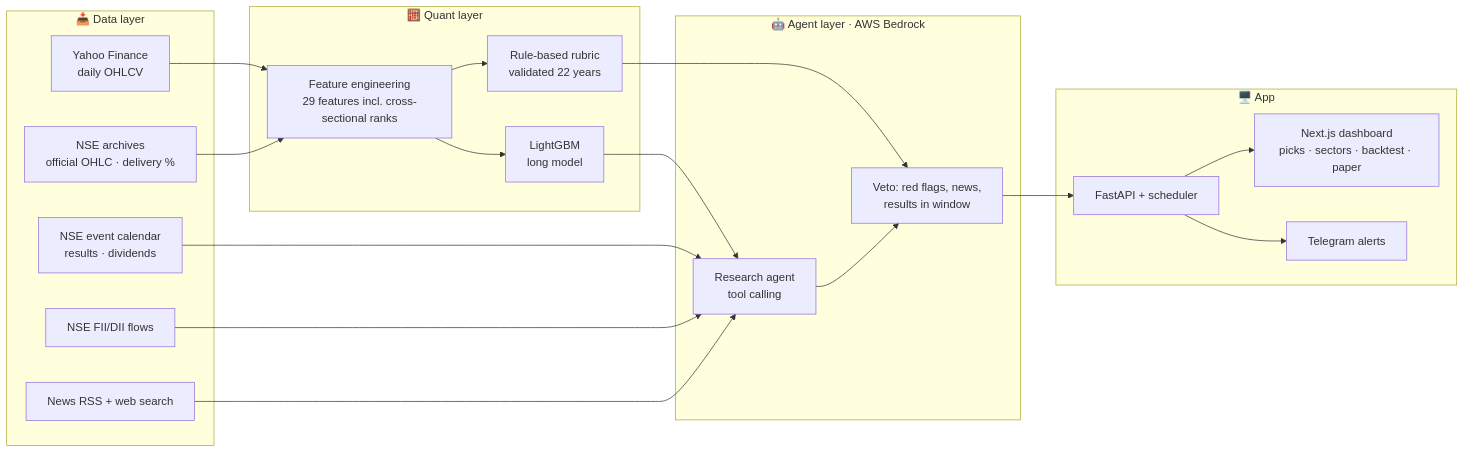
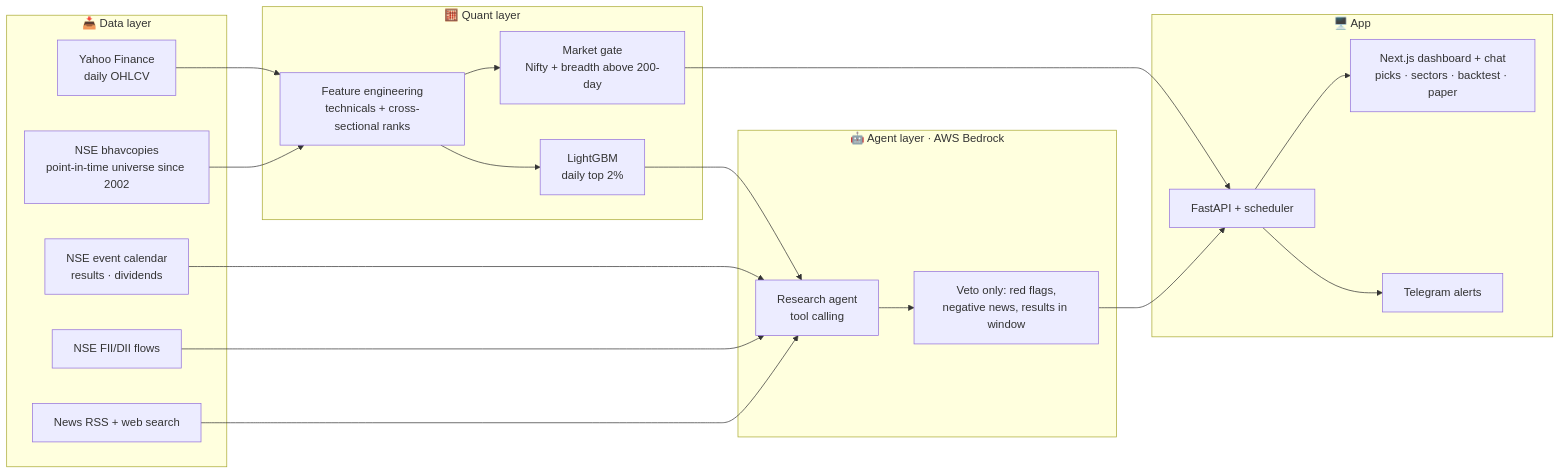
The diagram in README.md (musaddiq-vd/stock-recommendation-system), drawn with Mermaid before and after one commit. The commit also changed other lines of this file, not shown here.

Commit message:
Update README: Buy rule, chat, API routes, security notes

````diff
--- a/README.md
+++ b/README.md
@@ -50,38 +50,38 @@
 ```mermaid
 flowchart LR
     subgraph Data["📥 Data layer"]
         Y[Yahoo Finance<br/>daily OHLCV]
-        N[NSE archives<br/>official OHLC · delivery %]
+        N[NSE bhavcopies<br/>point-in-time universe since 2002]
         E[NSE event calendar<br/>results · dividends]
         F[NSE FII/DII flows]
         W[News RSS + web search]
     end
 
     subgraph Quant["🧮 Quant layer"]
-        FE[Feature engineering<br/>29 features incl. cross-sectional ranks]
-        ML[LightGBM<br/>long model]
-        RU[Rule-based rubric<br/>validated 22 years]
+        FE[Feature engineering<br/>technicals + cross-sectional ranks]
+        ML[LightGBM<br/>daily top 2%]
+        MG[Market gate<br/>Nifty + breadth above 200-day]
     end
 
     subgraph Agents["🤖 Agent layer · AWS Bedrock"]
         RA[Research agent<br/>tool calling]
-        RB[Veto: red flags, news,<br/>results in window]
+        RB[Veto only: red flags,<br/>negative news, results in window]
     end
 
     subgraph App["🖥️ App"]
         API[FastAPI + scheduler]
-        UI[Next.js dashboard<br/>picks · sectors · backtest · paper]
+        UI[Next.js dashboard + chat<br/>picks · sectors · backtest · paper]
         TG[Telegram alerts]
     end
 
     Y --> FE
     N --> FE
     FE --> ML --> RA
-    FE --> RU --> RB
+    FE --> MG --> API
     E --> RA
     F --> RA
     W --> RA
     RA --> RB --> API
     API --> UI
     API --> TG
 ```
````
